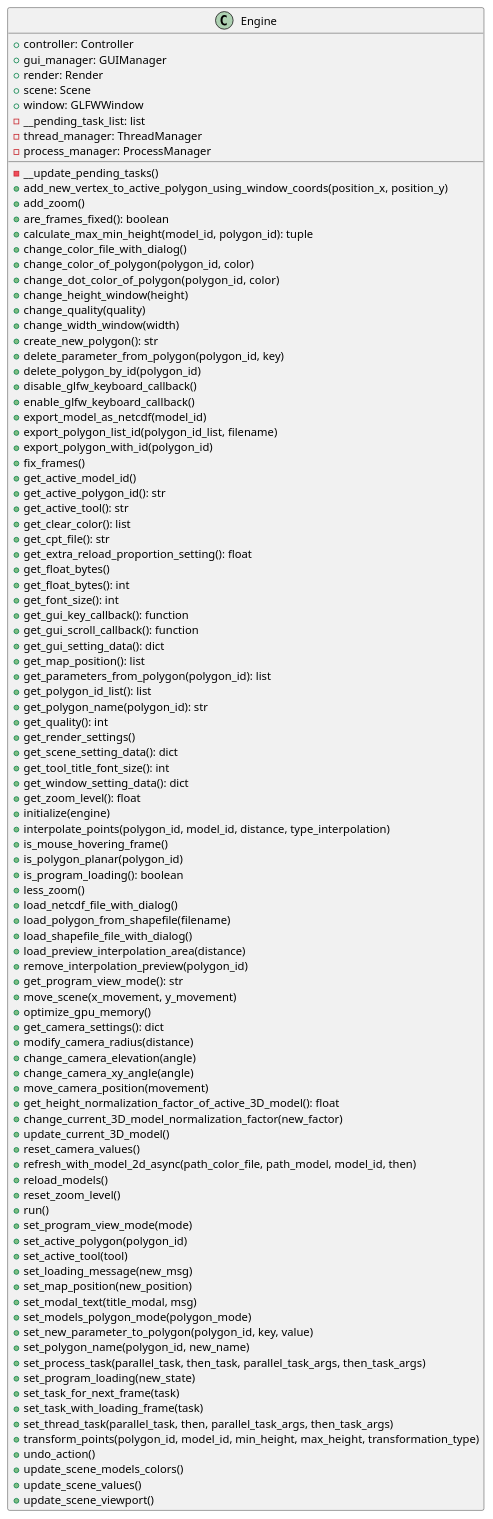
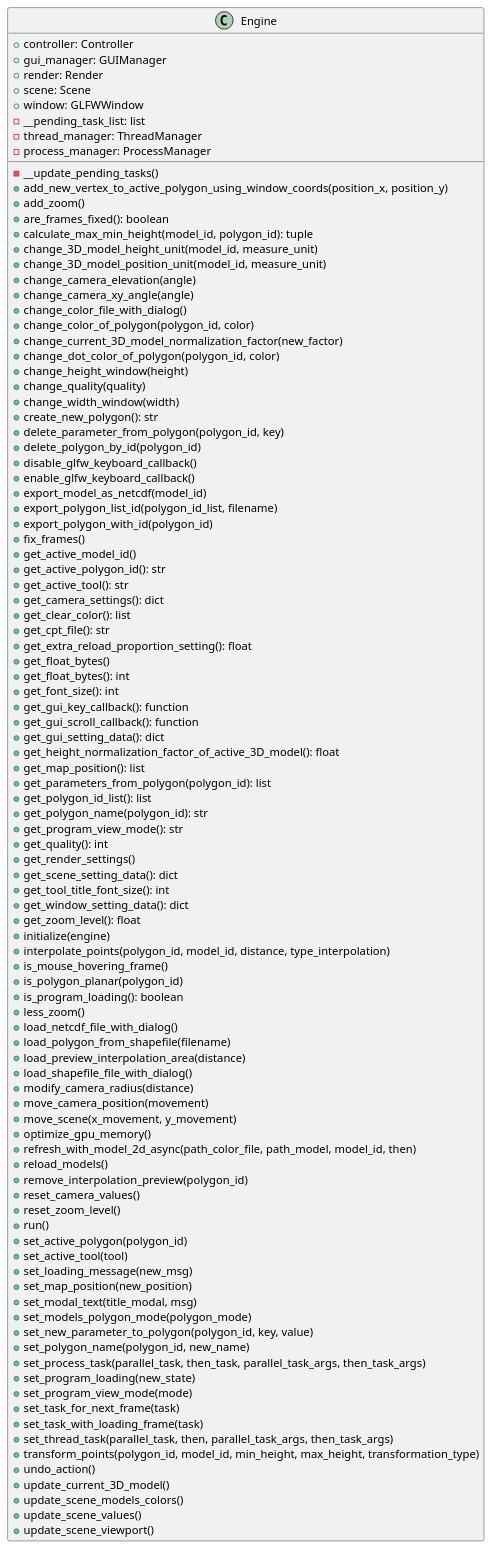
One commit to ferpoble2/Relief_Creator changed the diagram in docs/classes/Engine.puml. Above: the diagram before and after it, drawn with PlantUML. The commit also changed 9 other files, not shown here.

```diff
--- a/docs/classes/Engine.puml
+++ b/docs/classes/Engine.puml
@@ -1,102 +1,104 @@
 @startuml
 class Engine {
     + controller: Controller
     + gui_manager: GUIManager
     + render: Render
     + scene: Scene
     + window: GLFWWindow
     - __pending_task_list: list
     - thread_manager: ThreadManager
     - process_manager: ProcessManager
 
     - __update_pending_tasks()
     + add_new_vertex_to_active_polygon_using_window_coords(position_x, position_y)
     + add_zoom()
     + are_frames_fixed(): boolean
     + calculate_max_min_height(model_id, polygon_id): tuple
+    + change_3D_model_height_unit(model_id, measure_unit)
+    + change_3D_model_position_unit(model_id, measure_unit)
+    + change_camera_elevation(angle)
+    + change_camera_xy_angle(angle)
     + change_color_file_with_dialog()
     + change_color_of_polygon(polygon_id, color)
+    + change_current_3D_model_normalization_factor(new_factor)
     + change_dot_color_of_polygon(polygon_id,  color)
     + change_height_window(height)
     + change_quality(quality)
     + change_width_window(width)
     + create_new_polygon(): str
     + delete_parameter_from_polygon(polygon_id, key)
     + delete_polygon_by_id(polygon_id)
     + disable_glfw_keyboard_callback()
     + enable_glfw_keyboard_callback()
     + export_model_as_netcdf(model_id)
     + export_polygon_list_id(polygon_id_list, filename)
     + export_polygon_with_id(polygon_id)
     + fix_frames()
     + get_active_model_id()
     + get_active_polygon_id(): str
     + get_active_tool(): str
+    + get_camera_settings(): dict
     + get_clear_color(): list
     + get_cpt_file(): str
     + get_extra_reload_proportion_setting(): float
     + get_float_bytes()
     + get_float_bytes(): int
     + get_font_size(): int
     + get_gui_key_callback(): function
     + get_gui_scroll_callback(): function
     + get_gui_setting_data(): dict
+    + get_height_normalization_factor_of_active_3D_model(): float
     + get_map_position(): list
     + get_parameters_from_polygon(polygon_id): list
     + get_polygon_id_list(): list
     + get_polygon_name(polygon_id): str
+    + get_program_view_mode(): str
     + get_quality(): int
     + get_render_settings()
     + get_scene_setting_data(): dict
     + get_tool_title_font_size(): int
     + get_window_setting_data(): dict
     + get_zoom_level(): float
     + initialize(engine)
     + interpolate_points(polygon_id, model_id, distance, type_interpolation)
     + is_mouse_hovering_frame()
     + is_polygon_planar(polygon_id)
     + is_program_loading(): boolean
     + less_zoom()
     + load_netcdf_file_with_dialog()
     + load_polygon_from_shapefile(filename)
+    + load_preview_interpolation_area(distance)
     + load_shapefile_file_with_dialog()
-    + load_preview_interpolation_area(distance)
-    + remove_interpolation_preview(polygon_id)
-    + get_program_view_mode(): str
+    + modify_camera_radius(distance)
+    + move_camera_position(movement)
     + move_scene(x_movement, y_movement)
     + optimize_gpu_memory()
-    + get_camera_settings(): dict
-    + modify_camera_radius(distance)
-    + change_camera_elevation(angle)
-    + change_camera_xy_angle(angle)
-    + move_camera_position(movement)
-    + get_height_normalization_factor_of_active_3D_model(): float
-    + change_current_3D_model_normalization_factor(new_factor)
-    + update_current_3D_model()
-    + reset_camera_values()
     + refresh_with_model_2d_async(path_color_file, path_model, model_id, then)
     + reload_models()
+    + remove_interpolation_preview(polygon_id)
+    + reset_camera_values()
     + reset_zoom_level()
     + run()
-    + set_program_view_mode(mode)
     + set_active_polygon(polygon_id)
     + set_active_tool(tool)
     + set_loading_message(new_msg)
     + set_map_position(new_position)
     + set_modal_text(title_modal, msg)
     + set_models_polygon_mode(polygon_mode)
     + set_new_parameter_to_polygon(polygon_id, key, value)
     + set_polygon_name(polygon_id, new_name)
     + set_process_task(parallel_task, then_task, parallel_task_args, then_task_args)
     + set_program_loading(new_state)
+    + set_program_view_mode(mode)
     + set_task_for_next_frame(task)
     + set_task_with_loading_frame(task)
     + set_thread_task(parallel_task, then, parallel_task_args, then_task_args)
     + transform_points(polygon_id, model_id, min_height, max_height, transformation_type)
     + undo_action()
+    + update_current_3D_model()
     + update_scene_models_colors()
     + update_scene_values()
     + update_scene_viewport()
 }
 
 @enduml
```
